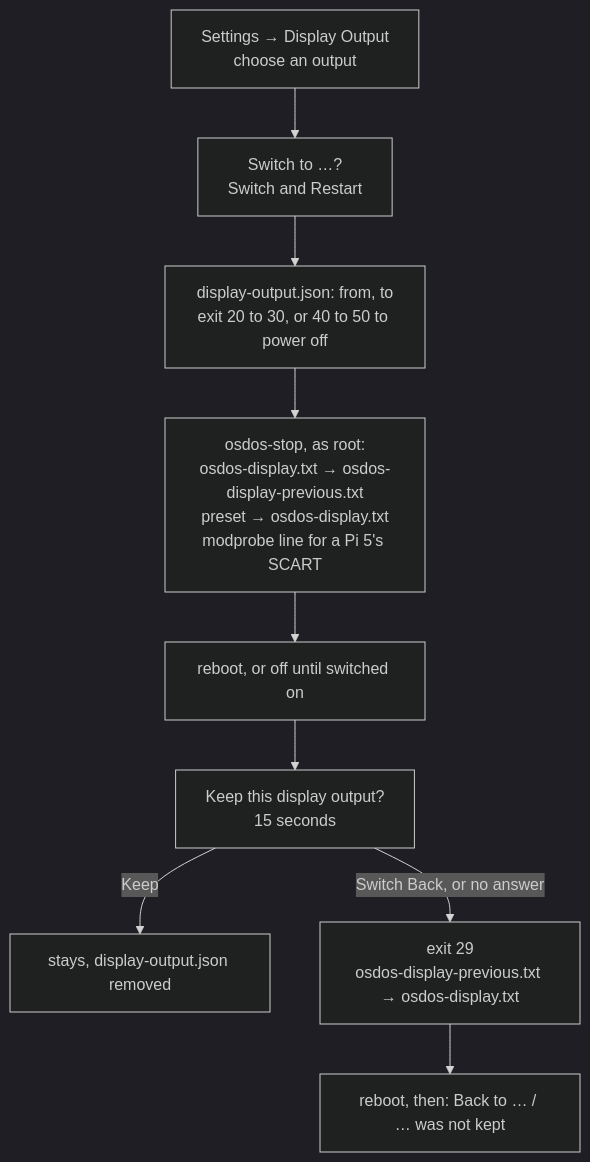
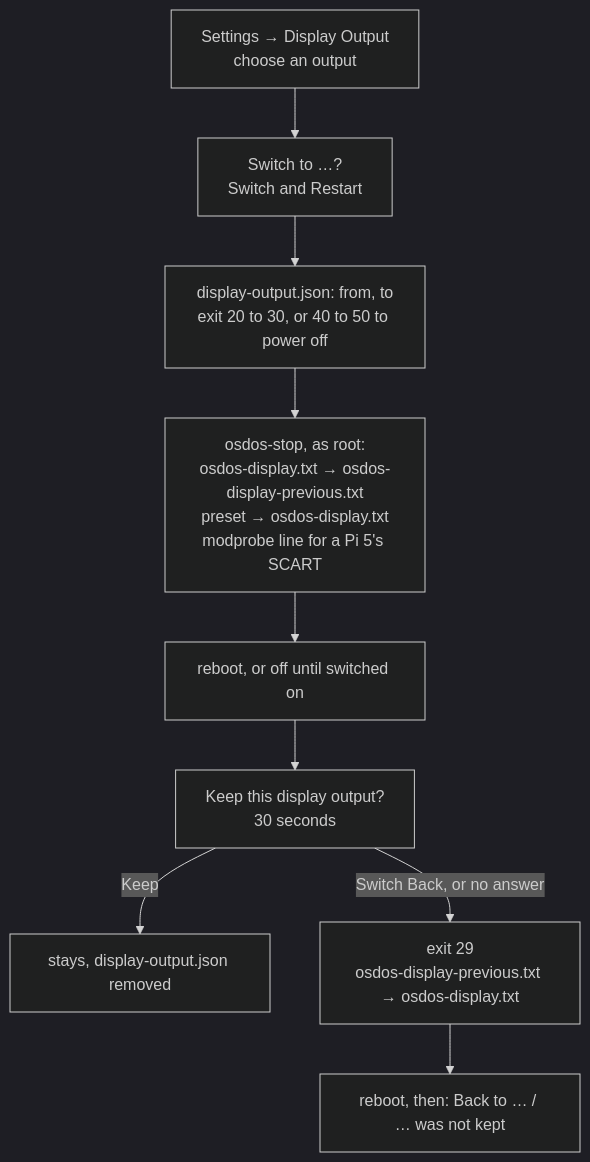
Before and after one commit to mehmetraif/OSD-OS: the first of 2 diagrams in docs/wiki/Display-Output.md, drawn with Mermaid (dark theme). The commit also changed other lines of this file and 10 other files, not shown here.

First line of the commit message:
fix: Display Output waits 30 seconds for Keep, long enough for a CRT

````diff
--- a/docs/wiki/Display-Output.md
+++ b/docs/wiki/Display-Output.md
@@ -115,11 +115,11 @@
 ```mermaid
 flowchart TD
     A["Settings → Display Output<br/>choose an output"] --> B["Switch to …?<br/>Switch and Restart"]
     B --> C["display-output.json: from, to<br/>exit 20 to 30, or 40 to 50 to power off"]
     C --> D["osdos-stop, as root:<br/>osdos-display.txt → osdos-display-previous.txt<br/>preset → osdos-display.txt<br/>modprobe line for a Pi 5's SCART"]
     D --> E["reboot, or off until switched on"]
-    E --> F["Keep this display output?<br/>15 seconds"]
+    E --> F["Keep this display output?<br/>30 seconds"]
     F -- "Keep" --> G["stays, display-output.json removed"]
     F -- "Switch Back, or no answer" --> H["exit 29<br/>osdos-display-previous.txt → osdos-display.txt"]
     H --> I["reboot, then: Back to … / … was not kept"]
 ```
````
